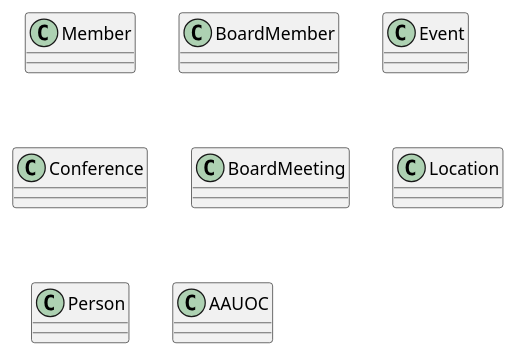
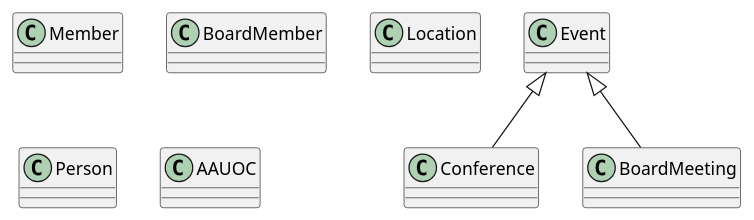
Before and after one commit to carniedom/UMLClases_CarmeloNietoDomene: the diagram in UMLClases_CND/UMLClases_CND.puml, drawn with PlantUML.

Commit message:
Relacion Events

```diff
--- a/UMLClases_CND/UMLClases_CND.puml
+++ b/UMLClases_CND/UMLClases_CND.puml
@@ -1,25 +1,28 @@
 @startuml
 class Member{
 }
 
 class BoardMember{
 }
 
 class Event{
 }
 
 class Conference{
 }
 
 class BoardMeeting{
 }
 
 class Location{
 }
 
 class Person{
 }
 
 class AAUOC{
 }
+
+Event <|-- Conference
+Event <|-- BoardMeeting
 @enduml
```
